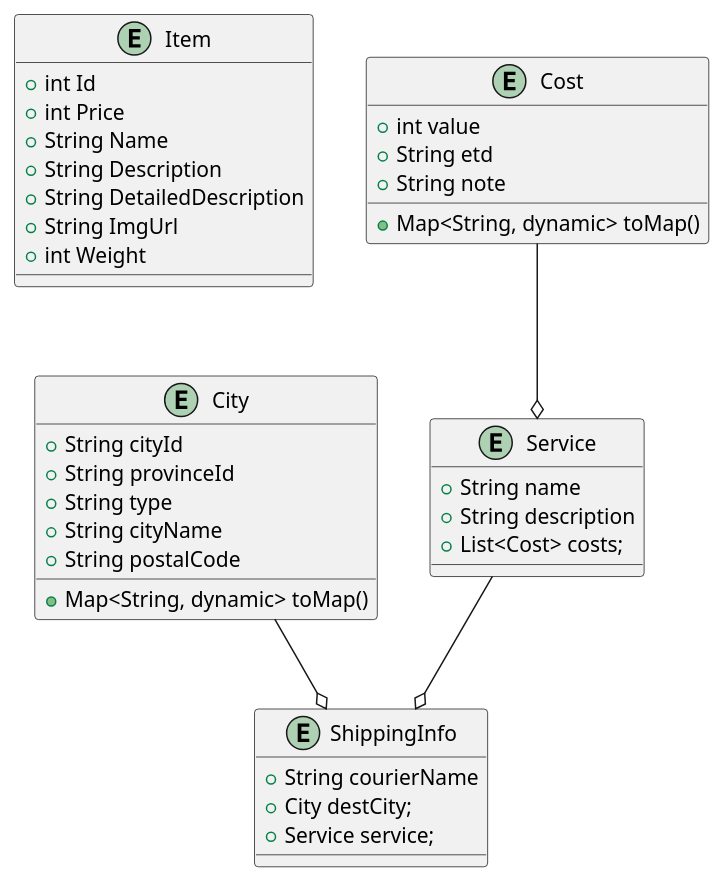
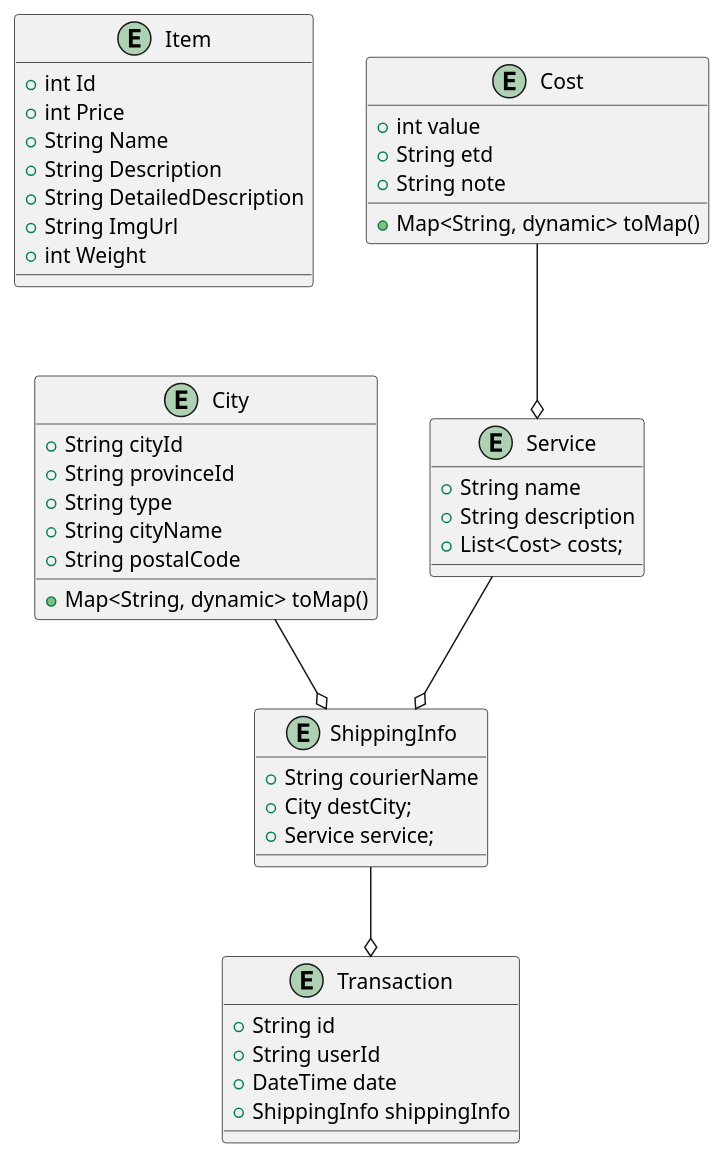
Before and after one commit to stnDinus/skpl_apbo_diagrams: the diagram in entity_class.puml, drawn with PlantUML. The commit also changed 1 other file, not shown here.

Commit message:
feat: Transaction entity

```diff
--- a/entity_class.puml
+++ b/entity_class.puml
@@ -1,45 +1,53 @@
 @startuml
 entity Item {
   + int Id
   + int Price
   + String Name
   + String Description
   + String DetailedDescription
   + String ImgUrl
   + int Weight
 }
 
 entity City {
   + String cityId
   + String provinceId
   + String type
   + String cityName
   + String postalCode
 
   + Map<String, dynamic> toMap()
 }
 
 entity Cost {
   + int value
   + String etd
   + String note
 
   + Map<String, dynamic> toMap()
 }
 
 entity Service {
   + String name
   + String description
   + List<Cost> costs;
 }
 
 entity ShippingInfo {
   + String courierName
   + City destCity;
   + Service service;
 }
 
+entity Transaction {
+  + String id
+  + String userId
+  + DateTime date
+  + ShippingInfo shippingInfo
+}
+
 City --o ShippingInfo
 Service --o ShippingInfo
+ShippingInfo --o Transaction
 Cost --o Service
 @enduml
```
